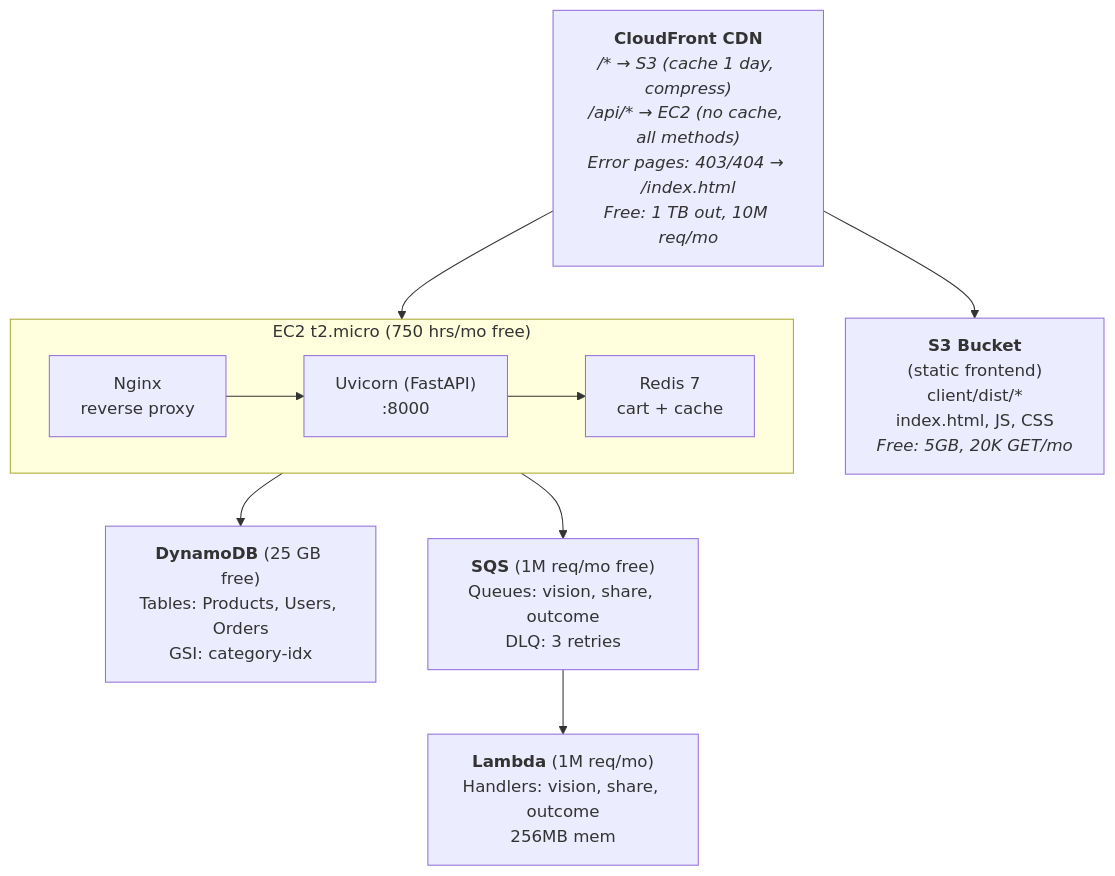
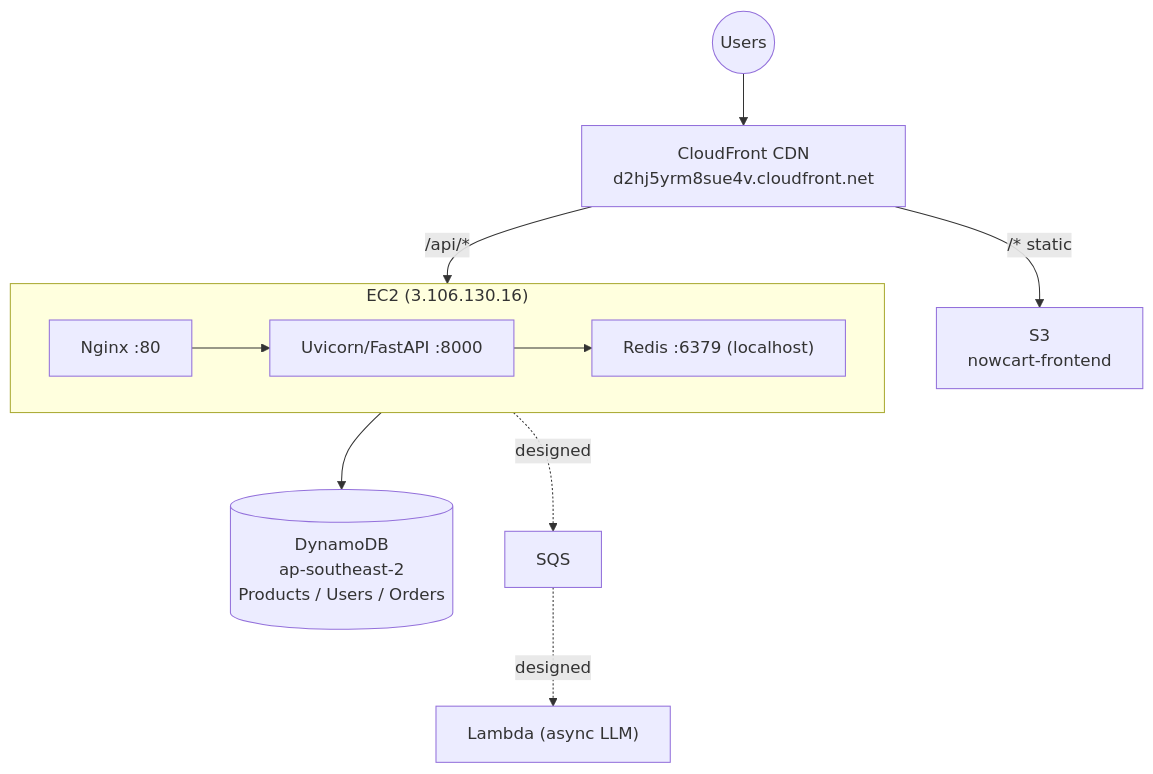
Before and after one commit to Strizzyy/NowCart: the tenth of 11 diagrams in SYSTEM_ARCHITECTURE.md, drawn with Mermaid. The commit also changed other lines of this file and 2 other files, not shown here.

Commit message:
refined readme and system architecture

````diff
--- a/SYSTEM_ARCHITECTURE.md
+++ b/SYSTEM_ARCHITECTURE.md
@@ -310,25 +314,13 @@
 ```mermaid
 flowchart TD
-    CF["<b>CloudFront CDN</b><br/><i>/* → S3 (cache 1 day, compress)</i><br/><i>/api/* → EC2 (no cache, all methods)</i><br/><i>Error pages: 403/404 → /index.html</i><br/><i>Free: 1 TB out, 10M req/mo</i>"]
+    Users(("Users")) --> CF["CloudFront CDN<br/>d2hj5yrm8sue4v.cloudfront.net"]
+    CF -- "/* static" --> S3["S3<br/>nowcart-frontend"]
+    CF -- "/api/*" --> EC2
 
-    CF --> S3
-    CF --> EC2
-
-    S3["<b>S3 Bucket</b><br/>(static frontend)<br/>client/dist/*<br/>index.html, JS, CSS<br/><i>Free: 5GB, 20K GET/mo</i>"]
-
-    subgraph EC2["EC2 t2.micro (750 hrs/mo free)"]
-        Nginx["Nginx<br/>reverse proxy"]
-        Uvicorn["Uvicorn (FastAPI)<br/>:8000"]
-        RedisBox["Redis 7<br/>cart + cache"]
-
-        Nginx --> Uvicorn --> RedisBox
+    subgraph EC2["EC2 (3.106.130.16)"]
+        Nginx["Nginx :80"] --> Uvicorn["Uvicorn/FastAPI :8000"] --> RedisBox["Redis :6379 (localhost)"]
     end
 
-    EC2 --> DynamoDB
-    EC2 --> SQS
-    SQS --> Lambda
-
-    DynamoDB["<b>DynamoDB</b> (25 GB free)<br/>Tables: Products, Users, Orders<br/>GSI: category-idx"]
-    SQS["<b>SQS</b> (1M req/mo free)<br/>Queues: vision, share, outcome<br/>DLQ: 3 retries"]
-    Lambda["<b>Lambda</b> (1M req/mo)<br/>Handlers: vision, share, outcome<br/>256MB mem"]
+    EC2 --> Dynamo[("DynamoDB<br/>ap-southeast-2<br/>Products / Users / Orders")]
+    EC2 -. designed .-> SQS["SQS"] -. designed .-> Lambda["Lambda (async LLM)"]
 ```
````
